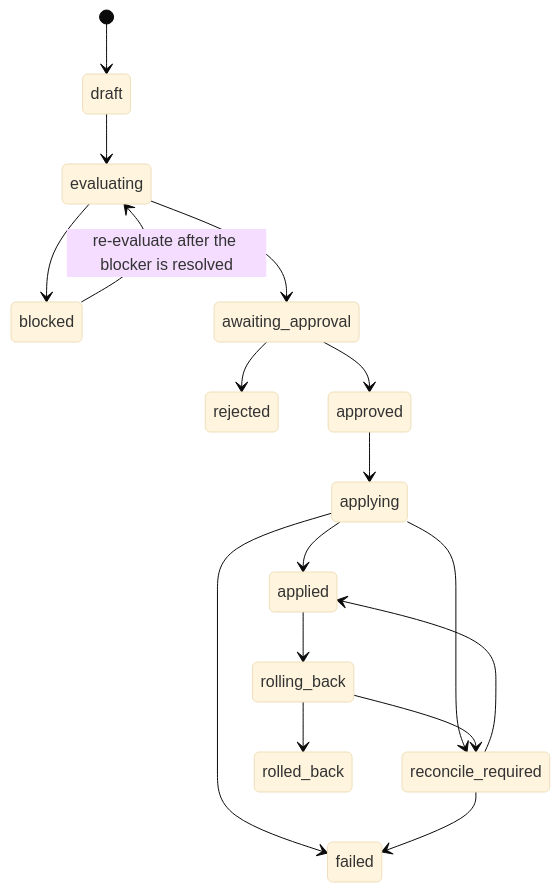
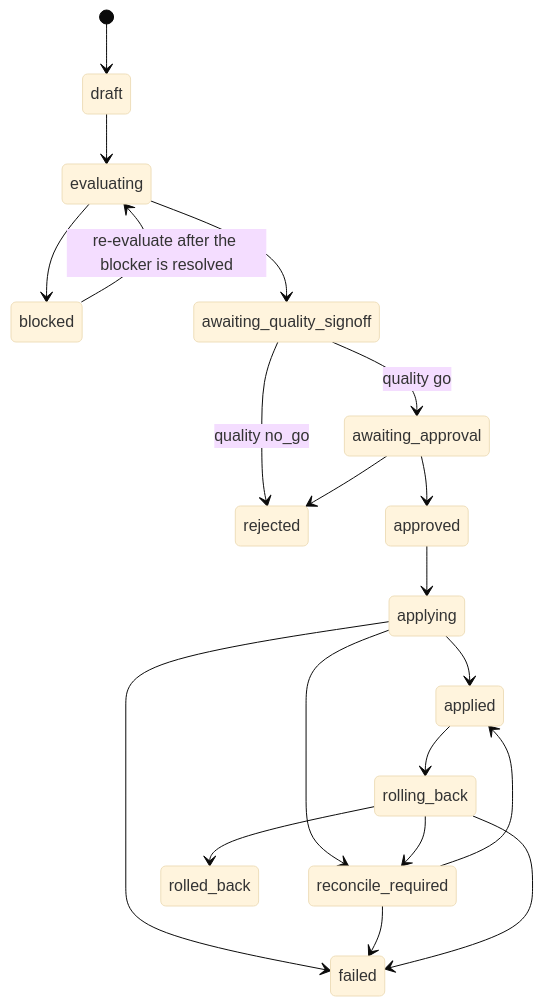
Before and after one commit to rrahimi-uci/caliber-suite: the sixth of 11 diagrams in docs/workspace-plan.md, drawn with Mermaid (base theme). The commit also changed other lines of this file, not shown here.

Commit message:
docs: harden workspace architecture and delivery plan (#274)

````diff
--- a/docs/workspace-plan.md
+++ b/docs/workspace-plan.md
@@ -1184,19 +1317,22 @@
 ```mermaid
 stateDiagram-v2
     [*] --> draft
     draft --> evaluating
     evaluating --> blocked
     blocked --> evaluating: re-evaluate after the blocker is resolved
-    evaluating --> awaiting_approval
+    evaluating --> awaiting_quality_signoff
+    awaiting_quality_signoff --> rejected: quality no_go
+    awaiting_quality_signoff --> awaiting_approval: quality go
     awaiting_approval --> rejected
     awaiting_approval --> approved
     approved --> applying
     applying --> applied
     applying --> failed
     applying --> reconcile_required
     reconcile_required --> applied
     reconcile_required --> failed
     applied --> rolling_back
     rolling_back --> rolled_back
+    rolling_back --> failed
     rolling_back --> reconcile_required
 ```
````
